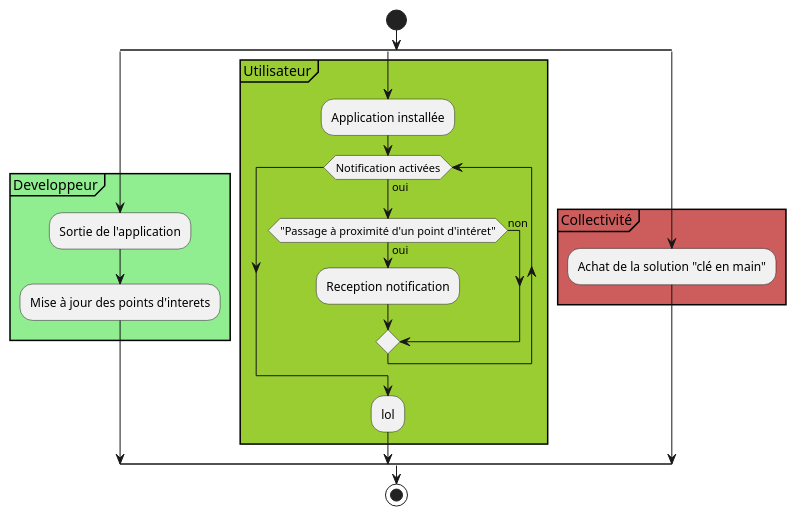
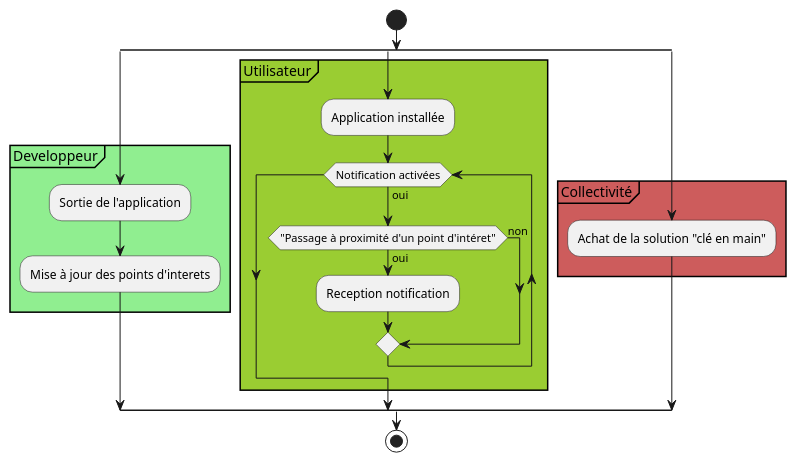
Before and after one commit to Yann-Claudon/Histoire-de-Nos-Villes: the diagram in Cas d'utilisation/diagramme d'activite.wsd, drawn with PlantUML. The commit also changed 5 other files, not shown here.

Commit message:
Modification Diagramme Cas d'utilisation + ajout des exports PlantUML

```diff
--- a/Cas d'utilisation/diagramme d'activite.wsd
+++ b/Cas d'utilisation/diagramme d'activite.wsd
@@ -1,34 +1,32 @@
 @startuml Histoire_de_nos_villes
 start
 split
 partition #lightGreen "Developpeur" {
 :Sortie de l'application;
 :Mise à jour des points d'interets;
 }
 
 split again
 
 partition #YellowGreen "Utilisateur"{
 
 :Application installée;
     while (Notification activées) is (oui)
         
         if ("Passage à proximité d'un point d'intéret") then (oui)
             :Reception notification;
         else (non)
 
         endif
     endwhile
 
- 
-     :lol;
   
 }
 split again
 partition #IndianRed "Collectivité"{
 :Achat de la solution "clé en main";
 }
 end split
 stop
 
 @enduml
```
